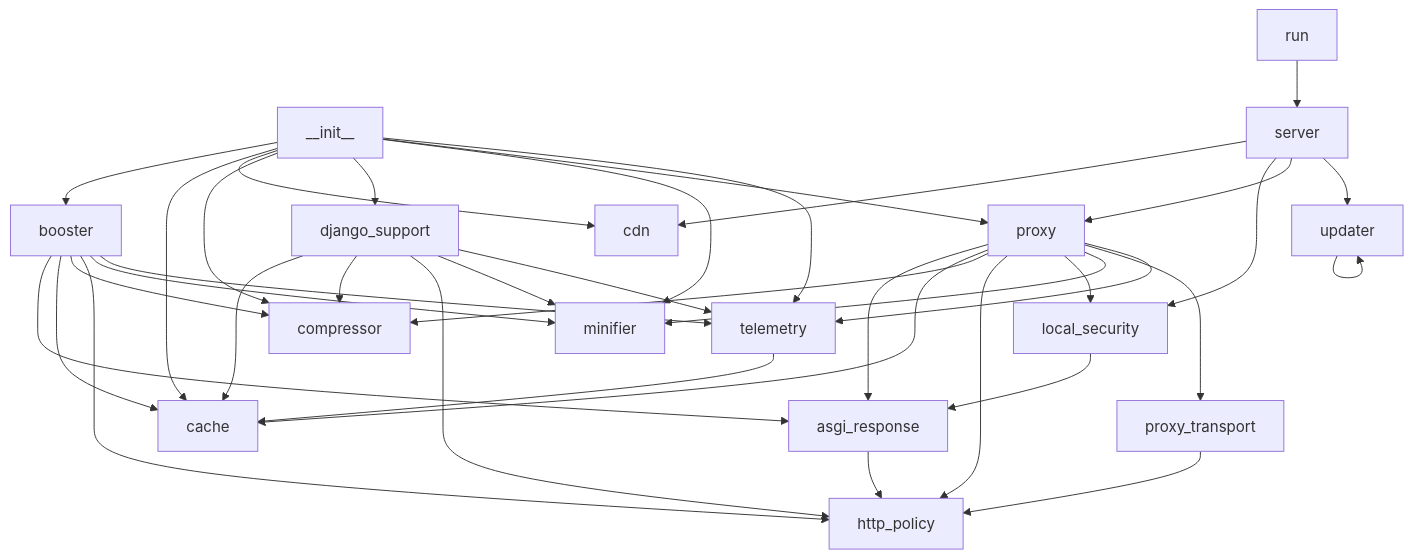
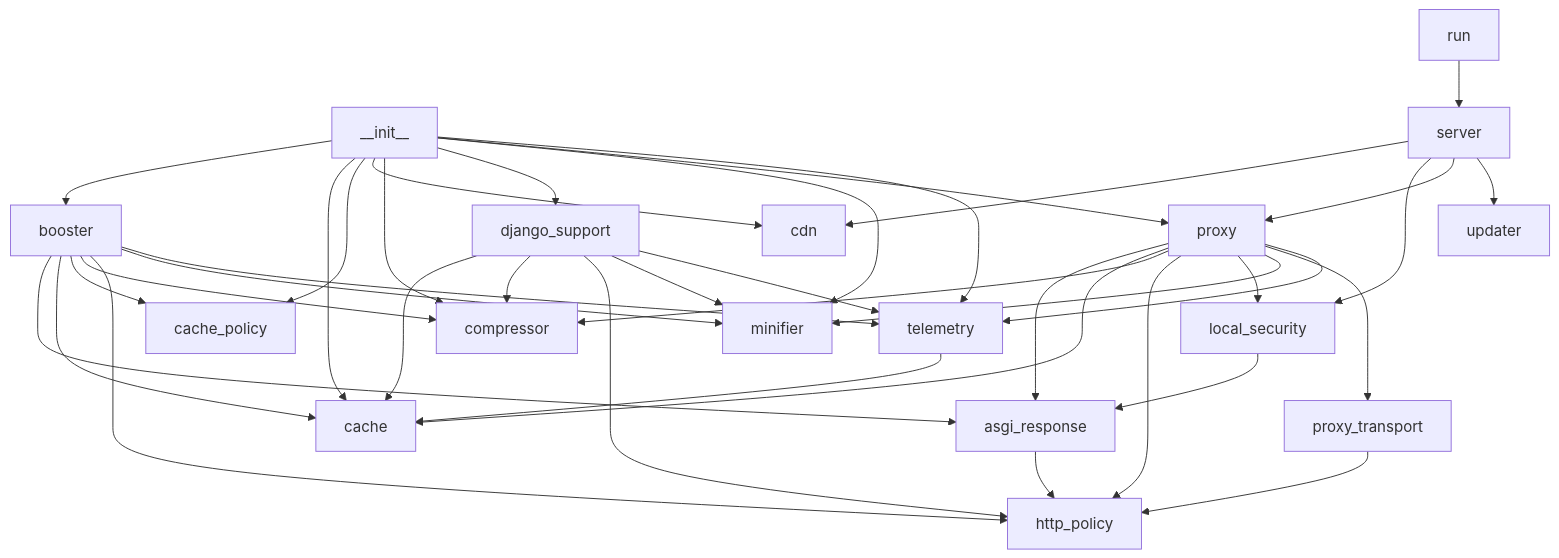
One commit to Gaazi/booster changed the diagram in CODEMAP.md. Above: the diagram before and after it, drawn with Mermaid. The commit also changed other lines of this file and 58 other files, not shown here.

Commit message:
fix: unify Booster and harden reusable cache integration

````diff
--- a/CODEMAP.md
+++ b/CODEMAP.md
@@ -331,40 +191,41 @@
 ```mermaid
 graph TD
   __init__ --> booster
   __init__ --> cache
+  __init__ --> cache_policy
   __init__ --> cdn
   __init__ --> compressor
   __init__ --> django_support
   __init__ --> minifier
   __init__ --> proxy
   __init__ --> telemetry
   asgi_response --> http_policy
   booster --> asgi_response
   booster --> cache
+  booster --> cache_policy
   booster --> compressor
   booster --> http_policy
   booster --> minifier
   booster --> telemetry
   django_support --> cache
   django_support --> compressor
   django_support --> http_policy
   django_support --> minifier
   django_support --> telemetry
   local_security --> asgi_response
   proxy --> asgi_response
   proxy --> cache
   proxy --> compressor
   proxy --> http_policy
   proxy --> local_security
   proxy --> minifier
   proxy --> proxy_transport
   proxy --> telemetry
   proxy_transport --> http_policy
   run --> server
   server --> cdn
   server --> local_security
   server --> proxy
   server --> updater
   telemetry --> cache
-  updater --> updater
 ```
````
